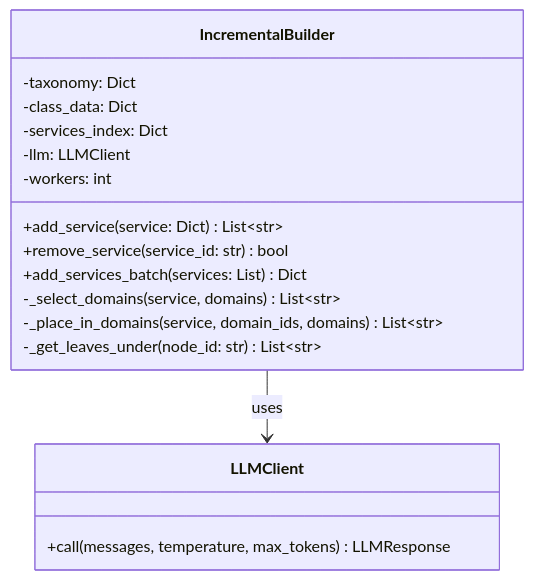
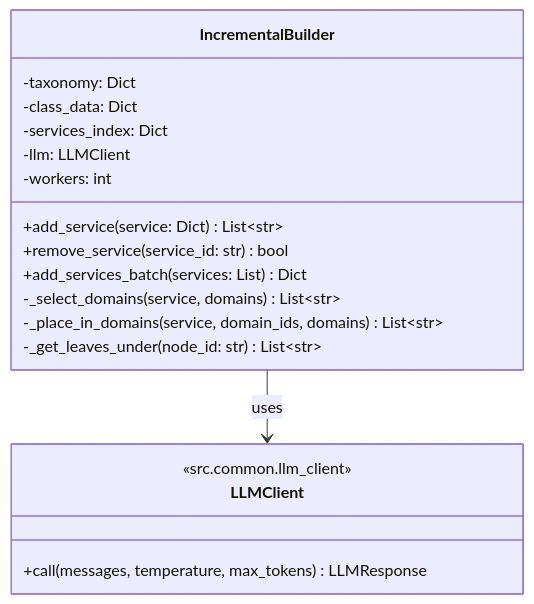
One commit to Weizheng96/A2X-registry changed the third of 3 diagrams in docs/incremental_design.md. Above: the diagram before and after it, drawn with Mermaid. The commit also changed 22 other files, not shown here.

First line of the commit message:
refactor: unify shared interfaces into src/common module

````diff
--- a/docs/incremental_design.md
+++ b/docs/incremental_design.md
@@ -103,22 +103,23 @@
 ```mermaid
 classDiagram
     class IncrementalBuilder {
         -taxonomy: Dict
         -class_data: Dict
         -services_index: Dict
         -llm: LLMClient
         -workers: int
         +add_service(service: Dict) List~str~
         +remove_service(service_id: str) bool
         +add_services_batch(services: List) Dict
         -_select_domains(service, domains) List~str~
         -_place_in_domains(service, domain_ids, domains) List~str~
         -_get_leaves_under(node_id: str) List~str~
     }
 
     class LLMClient {
+        <<src.common.llm_client>>
         +call(messages, temperature, max_tokens) LLMResponse
     }
 
     IncrementalBuilder --> LLMClient : uses
 ```
````
